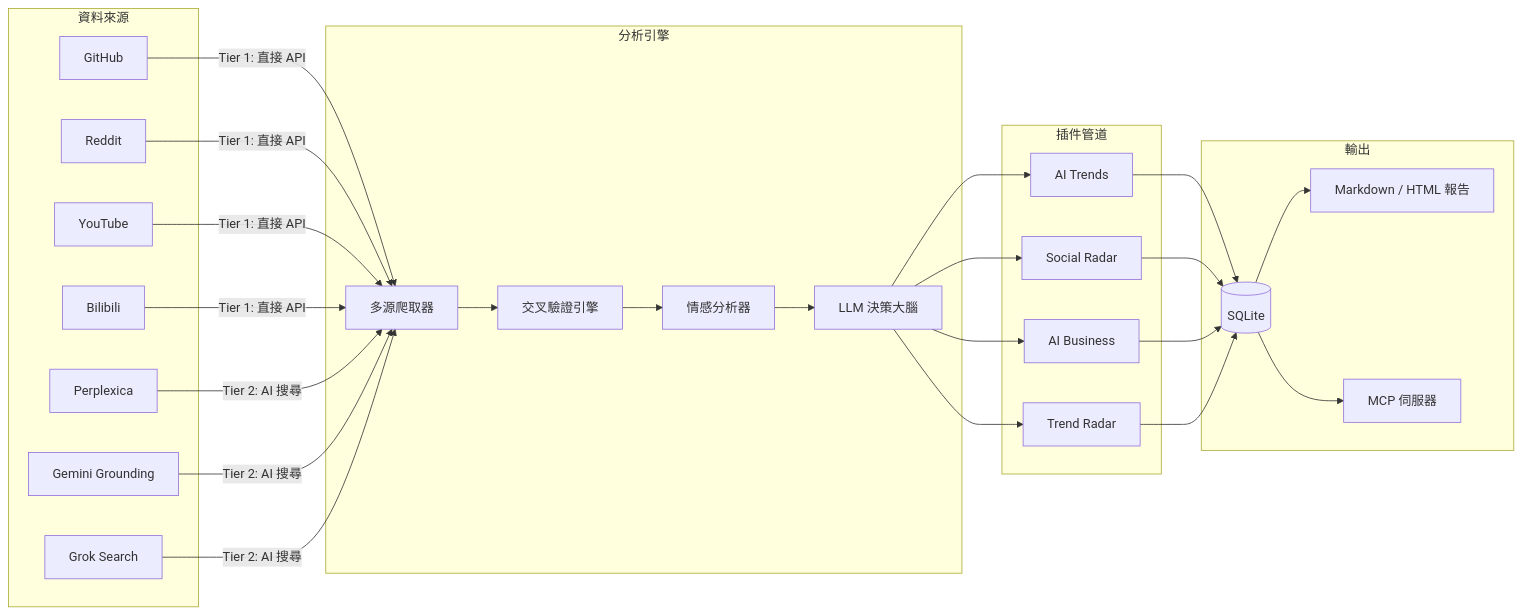
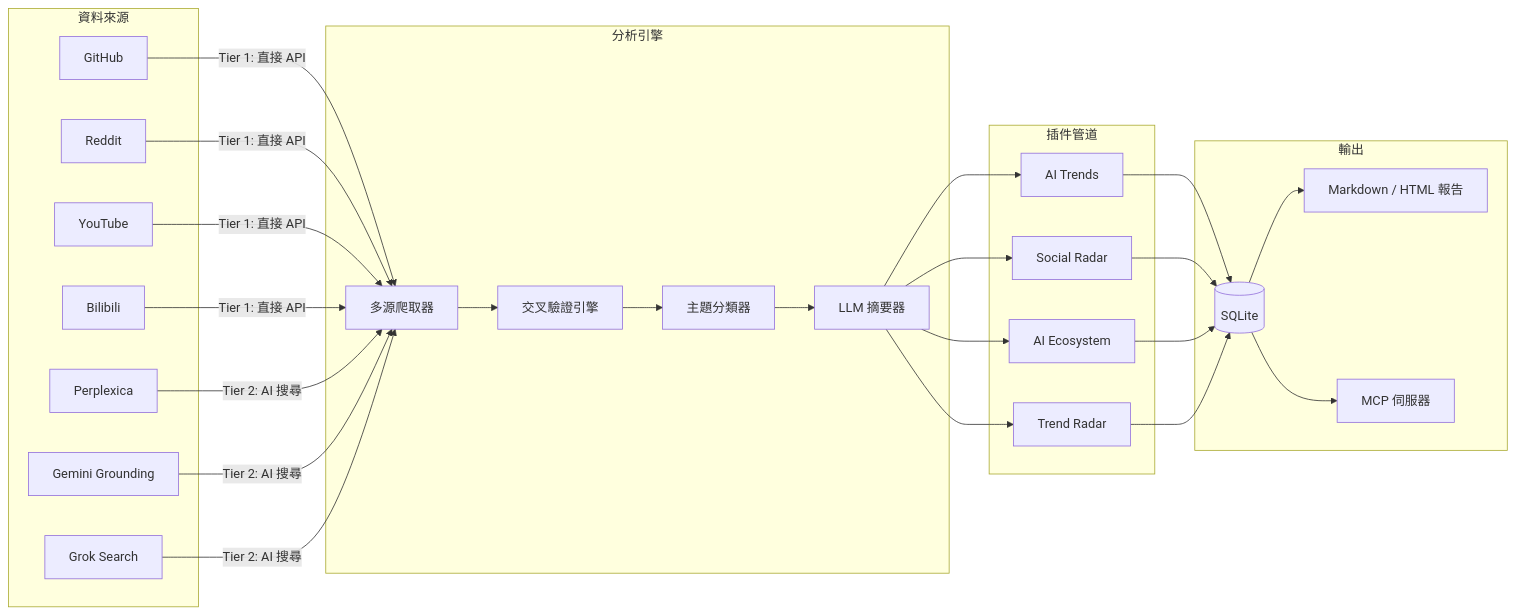
Before and after one commit to AtsushiHarimoto/hermit-purple: the diagram in docs/README.zh-TW.md, drawn with Mermaid. The commit also changed other lines of this file and 2 other files, not shown here.

````diff
--- a/docs/README.zh-TW.md
+++ b/docs/README.zh-TW.md
@@ -19,42 +19,42 @@
 ```mermaid
 graph LR
     subgraph Sources ["資料來源"]
         GH[GitHub]
         RD[Reddit]
         YT[YouTube]
         BL[Bilibili]
         PX[Perplexica]
         GM[Gemini Grounding]
         GK[Grok Search]
     end
 
     subgraph Engine ["分析引擎"]
         CR[多源爬取器]
         CV[交叉驗證引擎]
-        SA[情感分析器]
-        LLM[LLM 決策大腦]
+        SA[主題分類器]
+        LLM[LLM 摘要器]
     end
 
     subgraph Pipeline ["插件管道"]
         AT[AI Trends]
         SR[Social Radar]
-        AB[AI Business]
+        AB[AI Ecosystem]
         TR[Trend Radar]
     end
 
     subgraph Output ["輸出"]
         DB[(SQLite)]
         RPT[Markdown / HTML 報告]
         MCP[MCP 伺服器]
     end
 
     GH & RD & YT & BL -->|Tier 1: 直接 API| CR
     PX & GM & GK -->|Tier 2: AI 搜尋| CR
     CR --> CV
     CV --> SA
     SA --> LLM
     LLM --> AT & SR & AB & TR
     AT & SR & AB & TR --> DB
     DB --> RPT
     DB --> MCP
 ```
````
